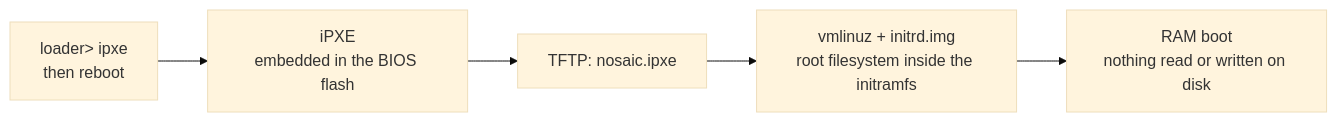
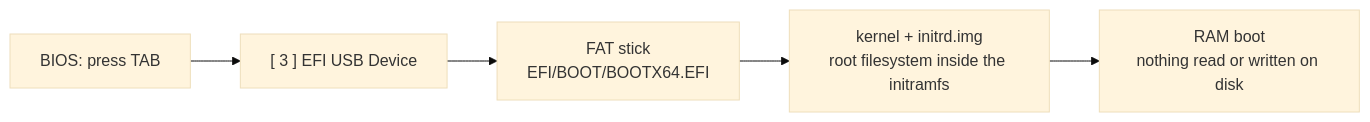
One commit to Salvaged-silicon/nosaic-switch changed the third of 3 diagrams in platform/cisco-n3172tq/docs/hardware.md. Above: the diagram before and after it, drawn with Mermaid (base theme). The commit also changed other lines of this file and 5 other files, not shown here.

````diff
--- a/platform/cisco-n3172tq/docs/hardware.md
+++ b/platform/cisco-n3172tq/docs/hardware.md
@@ -89,7 +90,7 @@
 ```mermaid
 graph LR
-    A["loader> ipxe<br/>then reboot"] --> B["iPXE<br/>embedded in the BIOS flash"]
-    B --> C["TFTP: nosaic.ipxe"]
-    C --> D["vmlinuz + initrd.img<br/>root filesystem inside the initramfs"]
+    A["BIOS: press TAB"] --> B["[ 3 ] EFI USB Device"]
+    B --> C["FAT stick<br/>EFI/BOOT/BOOTX64.EFI"]
+    C --> D["kernel + initrd.img<br/>root filesystem inside the initramfs"]
     D --> E["RAM boot<br/>nothing read or written on disk"]
 ```
````
